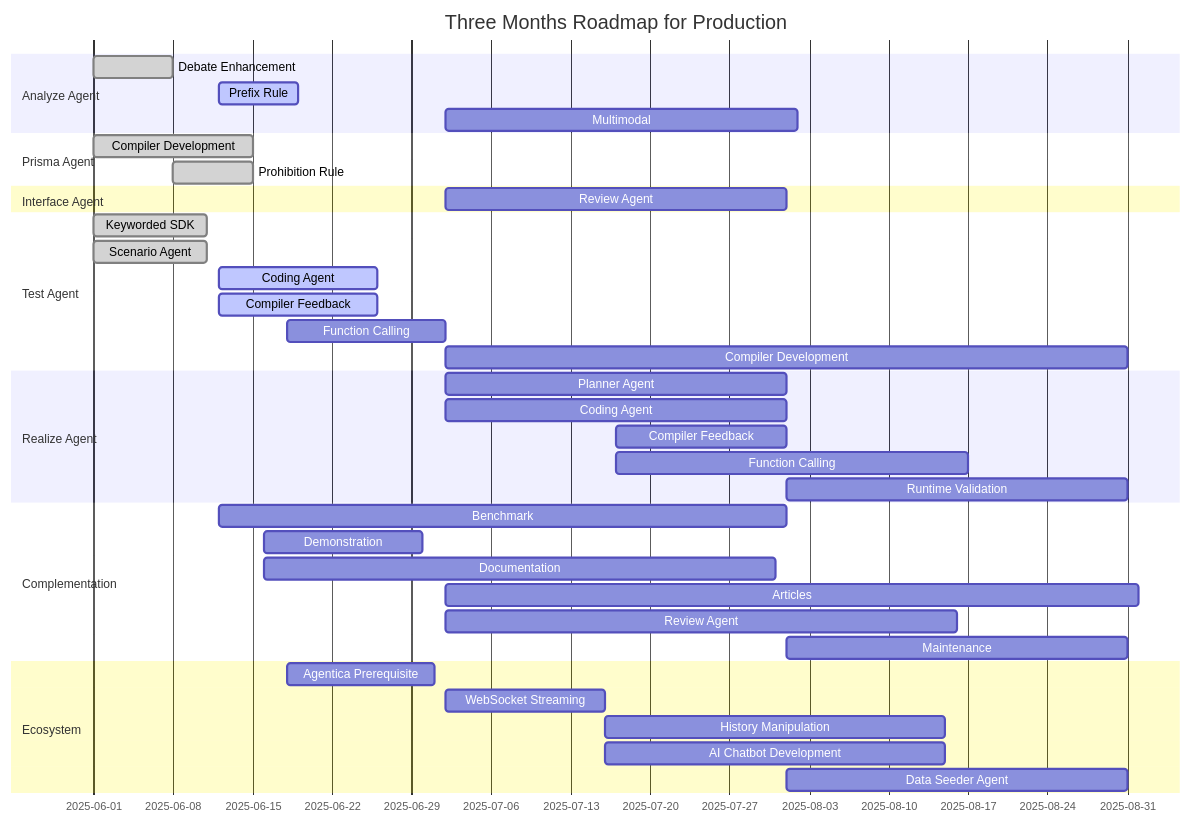
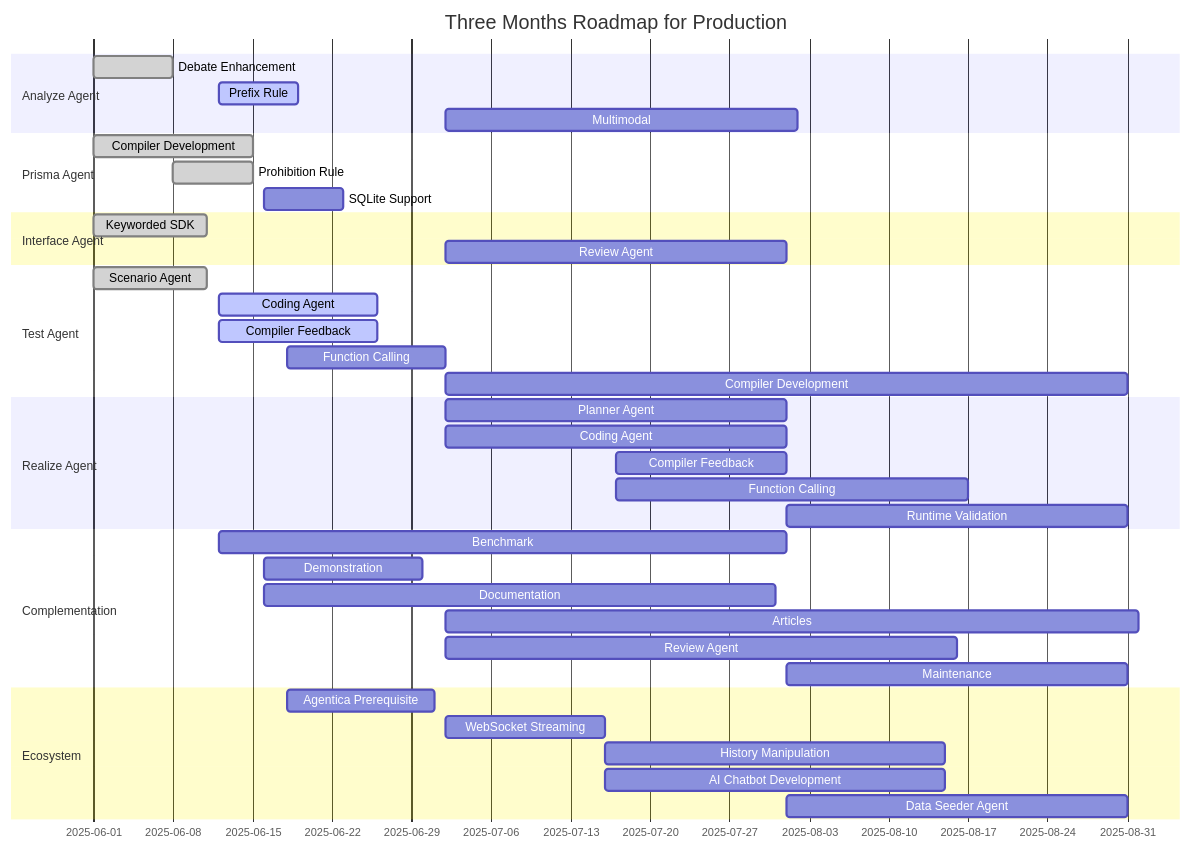
Before and after one commit to RavenView-ai/autobe: the diagram in website/template/AutoBeRoadmapPreface.mdx, drawn with Mermaid. The commit also changed 2 other files, not shown here.

Commit message:
feat(website): add roadmap - sqlite (#102)
* feat(website): add roadmap - sqlite

* Update website/pages/_app.js

---------

````diff
--- a/website/template/AutoBeRoadmapPreface.mdx
+++ b/website/template/AutoBeRoadmapPreface.mdx
@@ -1,47 +1,48 @@
 ```mermaid
 gantt
   dateFormat YYYY-MM-DD
   title Three Months Roadmap for Production
 
   section Analyze Agent
   Debate Enhancement: done,    2025-06-01,  7d
   Prefix Rule:          active,  2025-06-12,  7d
   Multimodal:           planned, 2025-07-02, 31d
 
   section Prisma Agent
   Compiler Development: done,    2025-06-01, 14d
   Prohibition Rule:     done,    2025-06-08,  7d
+  SQLite Support:       planned, 2025-06-16,  7d
 
   section Interface Agent
-  Review Agent: planned, 2025-07-02, 30d
+  Keyworded SDK: done,    2025-06-01, 10d
+  Review Agent:  planned, 2025-07-02, 30d
 
   section Test Agent
-  Keyworded SDK:        done,    2025-06-01, 10d
   Scenario Agent:       done,    2025-06-01, 10d        
   Coding Agent:         active,  2025-06-12, 14d
   Compiler Feedback:    active,  2025-06-12, 14d
   Function Calling:     planned, 2025-06-18, 14d
   Compiler Development: planned, 2025-07-02, 60d
 
   section Realize Agent
   Planner Agent:      planned, 2025-07-02, 30d
   Coding Agent:       planned, 2025-07-02, 30d
   Compiler Feedback:  planned, 2025-07-17, 15d
   Function Calling:   planned, 2025-07-17, 31d
   Runtime Validation: planned, 2025-08-01, 30d
 
   section Complementation
   Benchmark:     planned, 2025-06-12, 50d
   Demonstration: planned, 2025-06-16, 14d
   Documentation: planned, 2025-06-16, 45d
   Articles:      planned, 2025-07-02, 61d
   Review Agent:  planned, 2025-07-02, 45d
   Maintenance:   planned, 2025-08-01, 30d
 
   section Ecosystem
   Agentica Prerequisite:  planned, 2025-06-18, 13d
   WebSocket Streaming:    planned, 2025-07-02, 14d
   History Manipulation:   planned, 2025-07-16, 30d
   AI Chatbot Development: planned, 2025-07-16, 30d
   Data Seeder Agent:      planned, 2025-08-01, 30d
 ```
````
